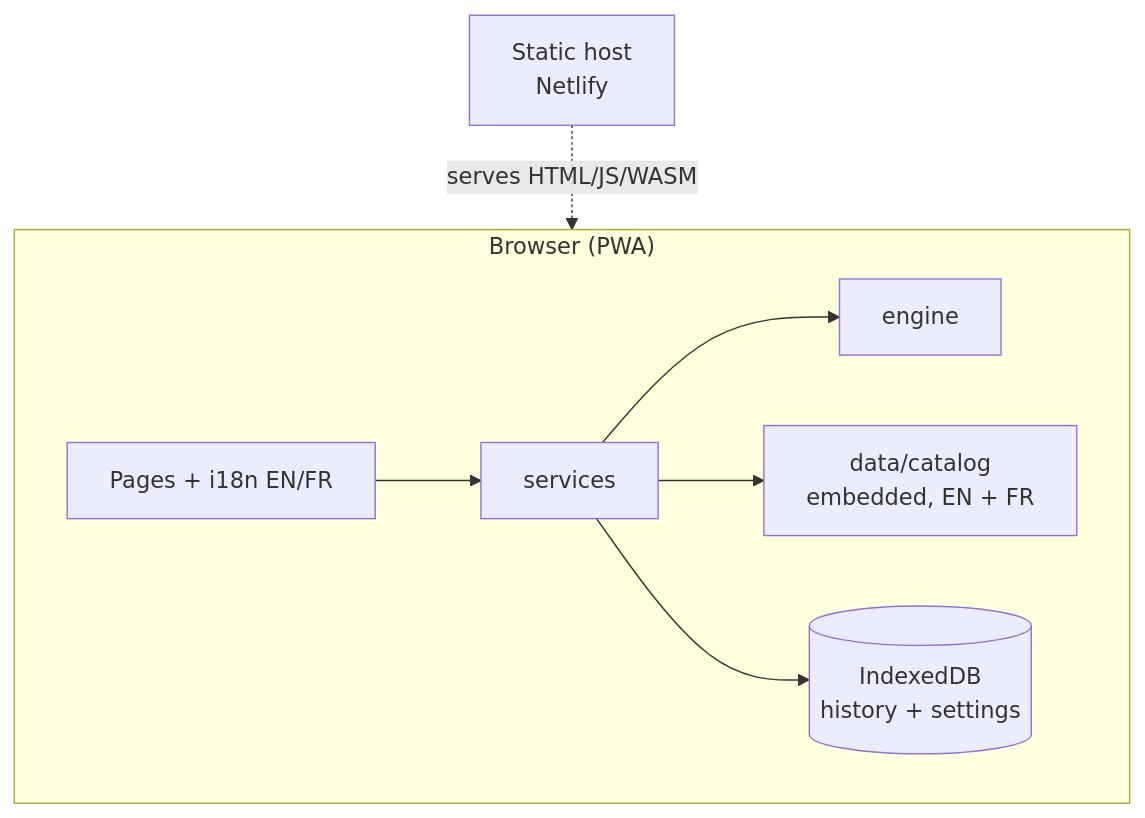
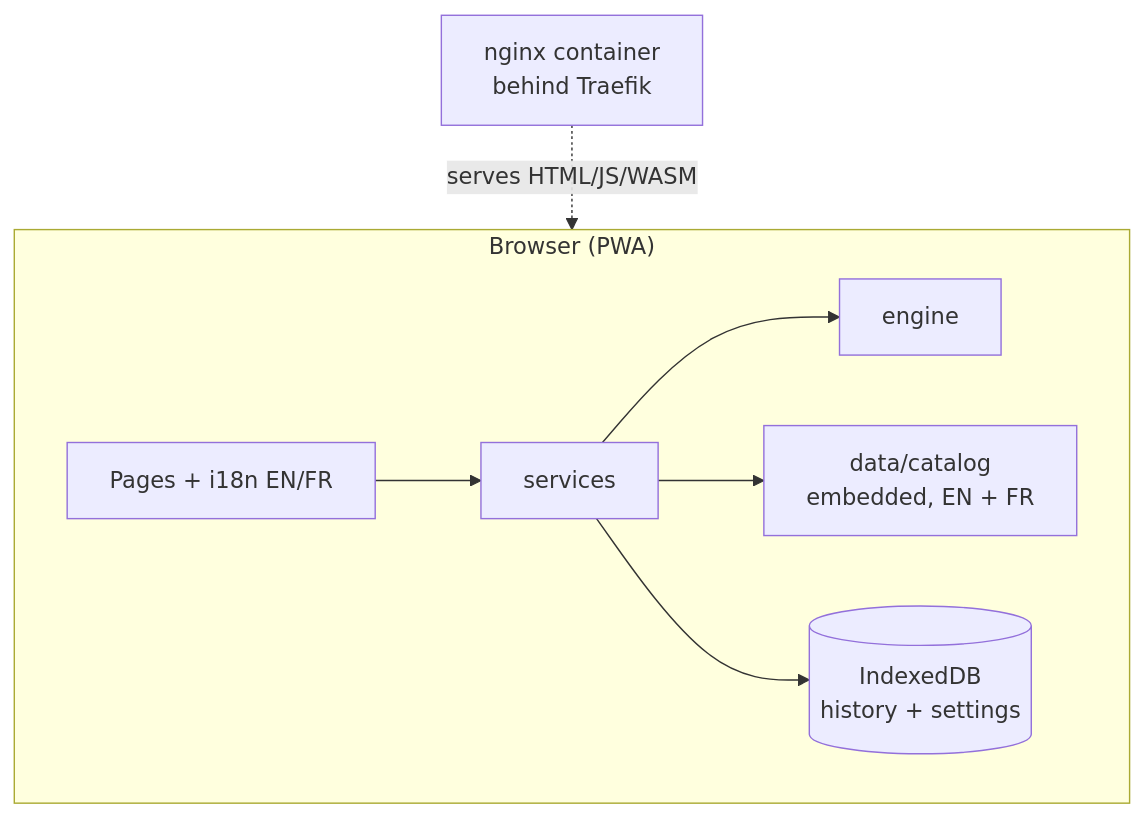
The diagram in docs/ARCHITECTURE.md (rodolphe37/ai-inspector), drawn with Mermaid before and after one commit. The commit also changed other lines of this file and 7 other files, not shown here.

````diff
--- a/docs/ARCHITECTURE.md
+++ b/docs/ARCHITECTURE.md
@@ -11,10 +11,10 @@
 ```mermaid
 flowchart TB
     subgraph Browser["Browser (PWA)"]
         UI[Pages + i18n EN/FR] --> S[services]
         S --> E[engine]
         S --> K[data/catalog<br/>embedded, EN + FR]
         S --> DB[(IndexedDB<br/>history + settings)]
     end
-    Host[Static host<br/>Netlify] -. serves HTML/JS/WASM .-> Browser
+    Host[nginx container<br/>behind Traefik] -. serves HTML/JS/WASM .-> Browser
 ```
````
